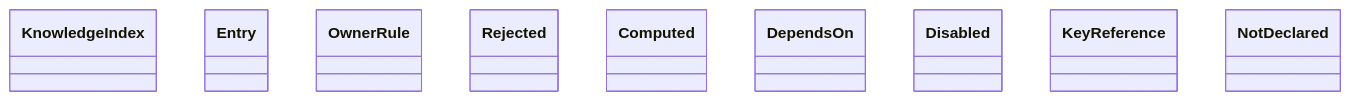
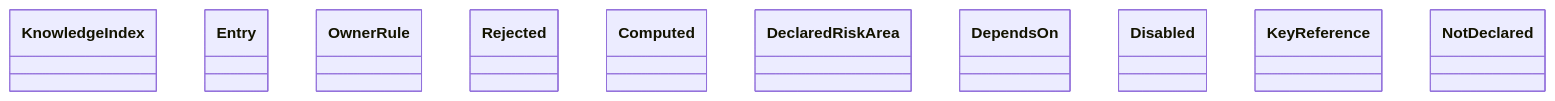
Before and after one commit to GonzaloZevallos/agentic-system: the diagram in docs/architecture/generated/classes-knowledge-domain-all.md, drawn with Mermaid. The commit also changed 15 other files, not shown here.

First line of the commit message:
Add the optional stack key risk_areas and its Stack port method

````diff
--- a/docs/architecture/generated/classes-knowledge-domain-all.md
+++ b/docs/architecture/generated/classes-knowledge-domain-all.md
@@ -5,12 +5,13 @@
 ```mermaid
 classDiagram
     class knowledge_index__KnowledgeIndex["KnowledgeIndex"]
     class owner_rules__Entry["Entry"]
     class owner_rules__OwnerRule["OwnerRule"]
     class owner_rules__Rejected["Rejected"]
     class stack__Computed["Computed"]
+    class stack__DeclaredRiskArea["DeclaredRiskArea"]
     class stack__DependsOn["DependsOn"]
     class stack__Disabled["Disabled"]
     class stack__KeyReference["KeyReference"]
     class stack__NotDeclared["NotDeclared"]
 ```
````
